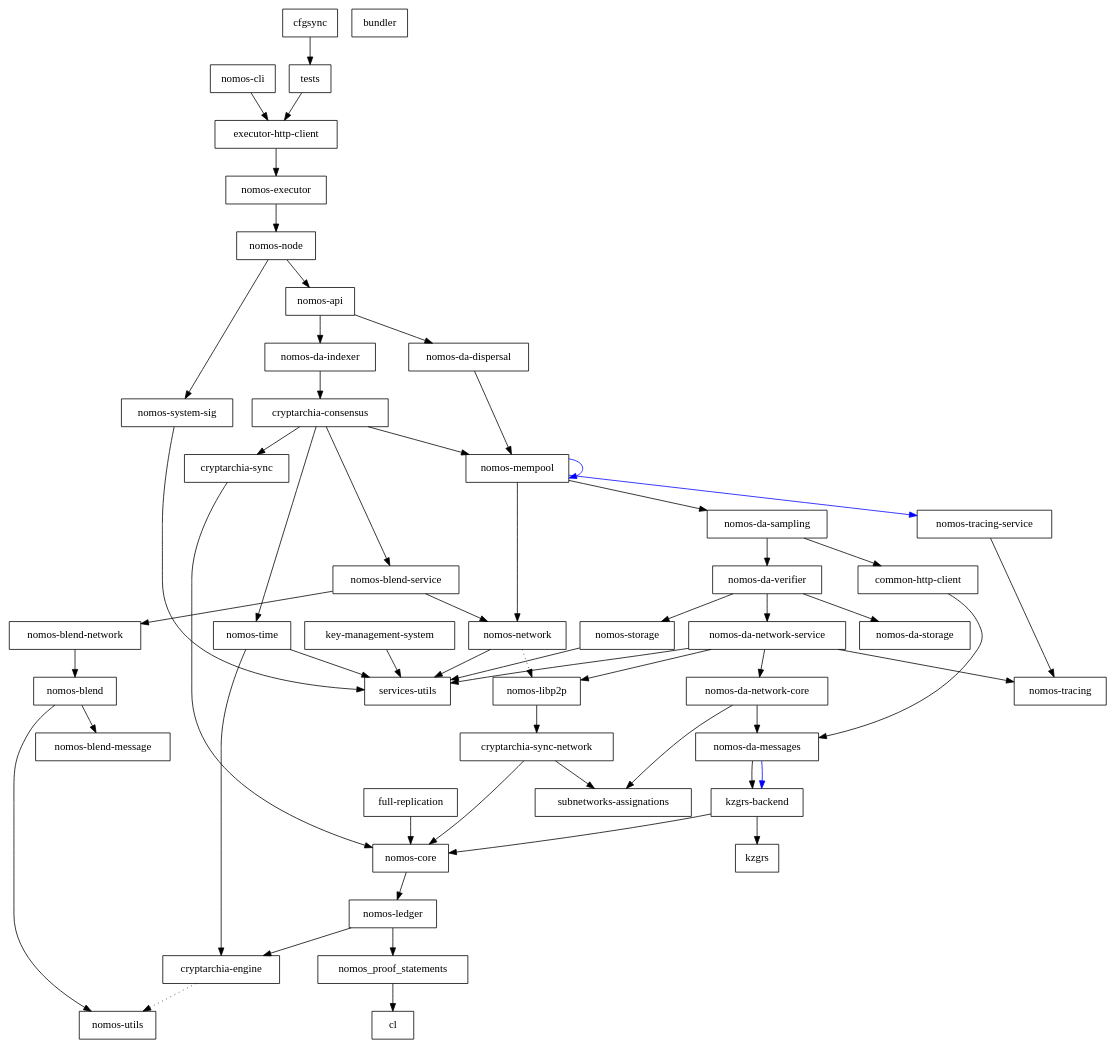
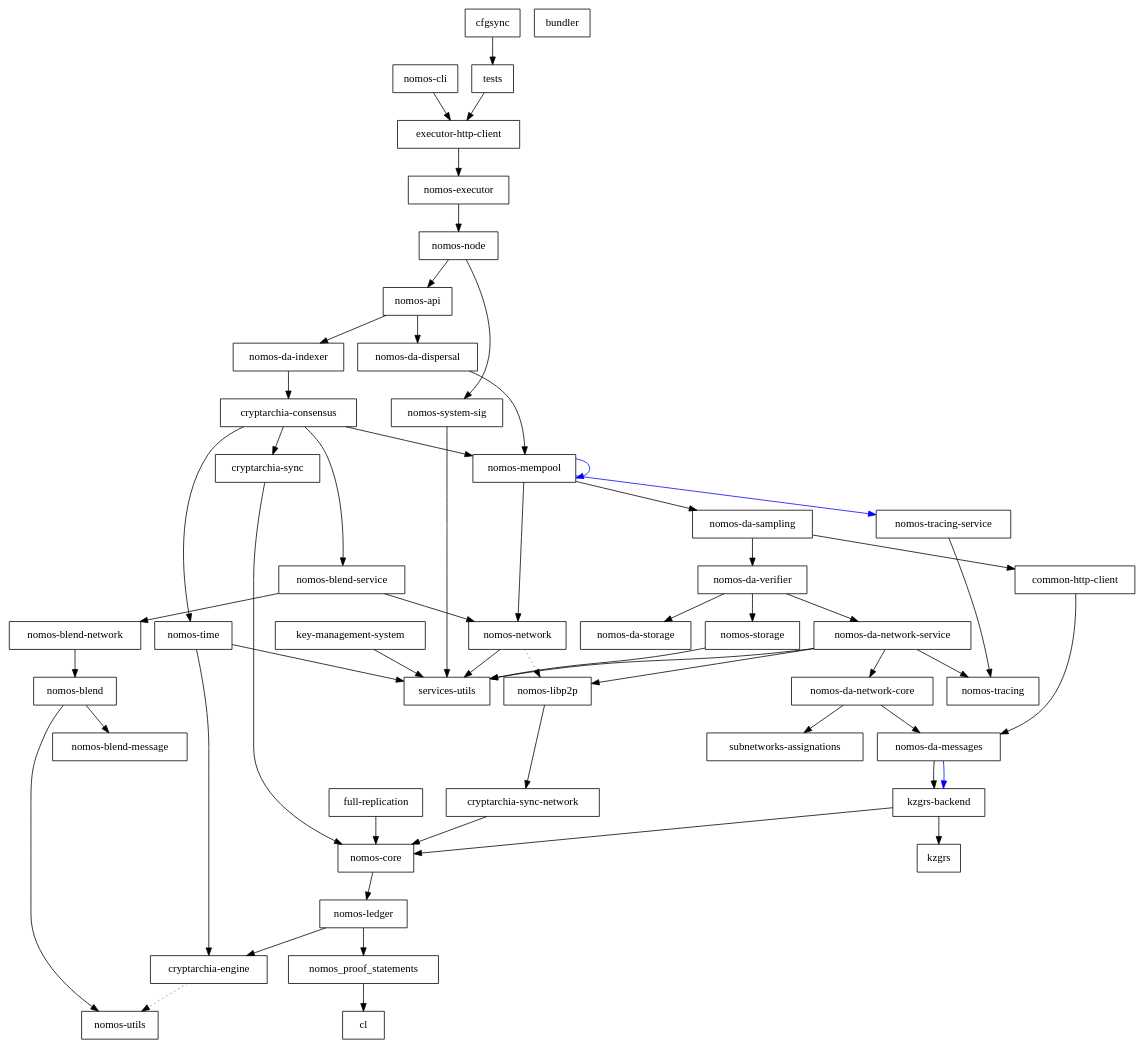
Before and after one commit to Astro521/logos-blockchain: the diagram in dependencies_graph.dot, drawn with Graphviz. The commit also changed 24 other files, not shown here.

```diff
--- a/dependencies_graph.dot
+++ b/dependencies_graph.dot
@@ -1,104 +1,103 @@
 digraph {
     0 [ label = "common-http-client" shape = box]
     1 [ label = "nomos-core" shape = box]
     2 [ label = "cl" shape = box]
     3 [ label = "cryptarchia-engine" shape = box]
     4 [ label = "nomos-utils" shape = box]
     5 [ label = "nomos-ledger" shape = box]
     6 [ label = "nomos_proof_statements" shape = box]
     7 [ label = "nomos-da-messages" shape = box]
     8 [ label = "kzgrs-backend" shape = box]
     9 [ label = "kzgrs" shape = box]
     10 [ label = "executor-http-client" shape = box]
     11 [ label = "nomos-executor" shape = box]
     12 [ label = "nomos-api" shape = box]
     13 [ label = "cryptarchia-consensus" shape = box]
     14 [ label = "cryptarchia-sync" shape = box]
     15 [ label = "cryptarchia-sync-network" shape = box]
-    16 [ label = "subnetworks-assignations" shape = box]
-    17 [ label = "nomos-blend-service" shape = box]
-    18 [ label = "nomos-blend" shape = box]
-    19 [ label = "nomos-blend-message" shape = box]
-    20 [ label = "nomos-blend-network" shape = box]
-    21 [ label = "nomos-libp2p" shape = box]
-    22 [ label = "nomos-network" shape = box]
-    23 [ label = "services-utils" shape = box]
-    24 [ label = "nomos-da-sampling" shape = box]
-    25 [ label = "nomos-da-network-core" shape = box]
+    16 [ label = "nomos-blend-service" shape = box]
+    17 [ label = "nomos-blend" shape = box]
+    18 [ label = "nomos-blend-message" shape = box]
+    19 [ label = "nomos-blend-network" shape = box]
+    20 [ label = "nomos-libp2p" shape = box]
+    21 [ label = "nomos-network" shape = box]
+    22 [ label = "services-utils" shape = box]
+    23 [ label = "nomos-da-sampling" shape = box]
+    24 [ label = "nomos-da-network-core" shape = box]
+    25 [ label = "subnetworks-assignations" shape = box]
     26 [ label = "nomos-da-network-service" shape = box]
     27 [ label = "nomos-tracing" shape = box]
     28 [ label = "nomos-da-storage" shape = box]
     29 [ label = "nomos-da-verifier" shape = box]
     30 [ label = "nomos-storage" shape = box]
     31 [ label = "nomos-mempool" shape = box]
     32 [ label = "nomos-tracing-service" shape = box]
     33 [ label = "nomos-time" shape = box]
     34 [ label = "nomos-da-dispersal" shape = box]
     35 [ label = "nomos-da-indexer" shape = box]
     36 [ label = "nomos-node" shape = box]
     37 [ label = "nomos-system-sig" shape = box]
     38 [ label = "bundler" shape = box]
     39 [ label = "nomos-cli" shape = box]
     40 [ label = "full-replication" shape = box]
     41 [ label = "key-management-system" shape = box]
     42 [ label = "cfgsync" shape = box]
     43 [ label = "tests" shape = box]
     0 -> 7 [ ]
     1 -> 5 [ ]
     3 -> 4 [ style = dotted]
     5 -> 3 [ ]
     5 -> 6 [ ]
     6 -> 2 [ ]
     7 -> 8 [ ]
     7 -> 8 [ color = blue]
     8 -> 9 [ ]
     8 -> 1 [ ]
     10 -> 11 [ ]
     11 -> 36 [ ]
     12 -> 34 [ ]
     12 -> 35 [ ]
     13 -> 14 [ ]
-    13 -> 17 [ ]
+    13 -> 16 [ ]
     13 -> 31 [ ]
     13 -> 33 [ ]
     14 -> 1 [ ]
     15 -> 1 [ ]
-    15 -> 16 [ ]
-    17 -> 20 [ ]
-    17 -> 22 [ ]
-    18 -> 19 [ ]
-    18 -> 4 [ ]
-    20 -> 18 [ ]
-    21 -> 15 [ ]
-    22 -> 21 [ style = dotted]
-    22 -> 23 [ ]
-    24 -> 0 [ ]
-    24 -> 29 [ ]
-    25 -> 7 [ ]
-    25 -> 16 [ ]
-    26 -> 25 [ ]
-    26 -> 21 [ ]
+    16 -> 19 [ ]
+    16 -> 21 [ ]
+    17 -> 18 [ ]
+    17 -> 4 [ ]
+    19 -> 17 [ ]
+    20 -> 15 [ ]
+    21 -> 20 [ style = dotted]
+    21 -> 22 [ ]
+    23 -> 0 [ ]
+    23 -> 29 [ ]
+    24 -> 7 [ ]
+    24 -> 25 [ ]
+    26 -> 24 [ ]
+    26 -> 20 [ ]
     26 -> 27 [ ]
-    26 -> 23 [ ]
+    26 -> 22 [ ]
     29 -> 26 [ ]
     29 -> 28 [ ]
     29 -> 30 [ ]
-    30 -> 23 [ ]
-    31 -> 24 [ ]
+    30 -> 22 [ ]
+    31 -> 23 [ ]
     31 -> 31 [ color = blue]
-    31 -> 22 [ ]
+    31 -> 21 [ ]
     31 -> 32 [ color = blue]
     32 -> 27 [ ]
     33 -> 3 [ ]
-    33 -> 23 [ ]
+    33 -> 22 [ ]
     34 -> 31 [ ]
     35 -> 13 [ ]
     36 -> 12 [ ]
     36 -> 37 [ ]
-    37 -> 23 [ ]
+    37 -> 22 [ ]
     39 -> 10 [ ]
     40 -> 1 [ ]
-    41 -> 23 [ ]
+    41 -> 22 [ ]
     42 -> 43 [ ]
     43 -> 10 [ ]
 }
```
